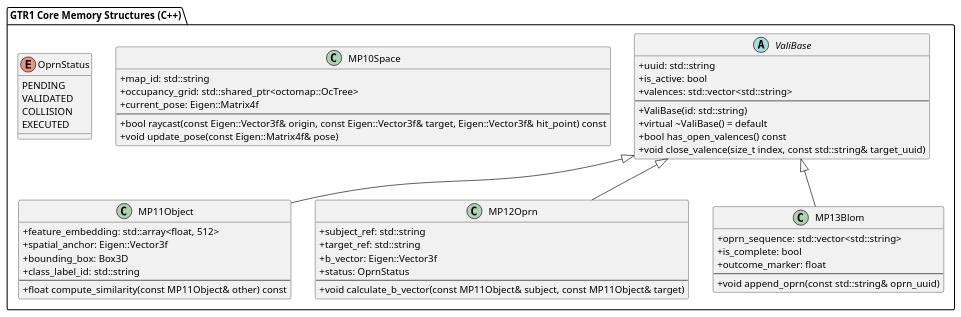
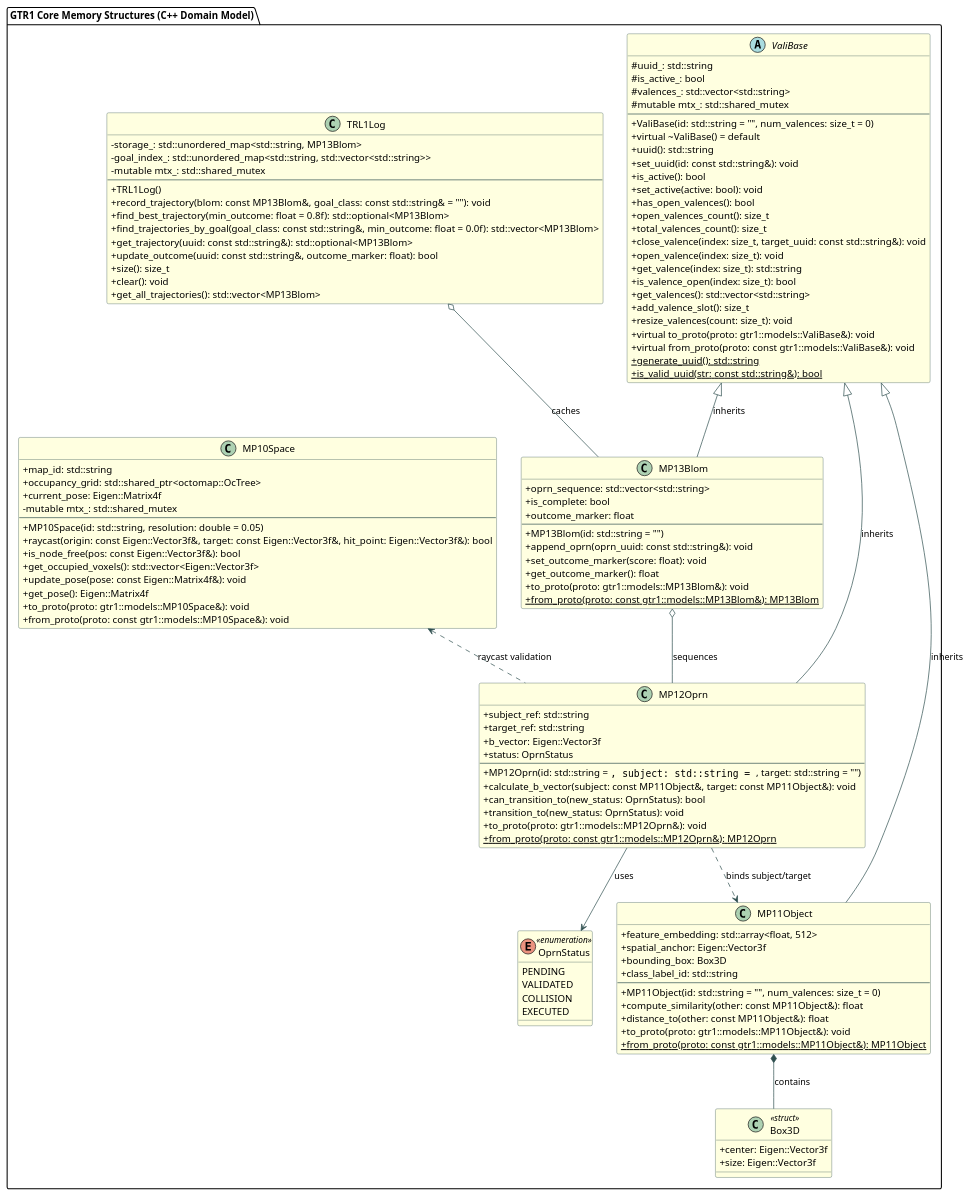
The diagram in 02_data_models/core_classes.puml (hedeks/demonstration_GTR1), drawn with PlantUML before and after one commit. The commit also changed 13 other files, not shown here.

Commit message:
feat(core): implement domain models, FSM lifecycles and protobuf serialization

```diff
--- a/02_data_models/core_classes.puml
+++ b/02_data_models/core_classes.puml
@@ -1,64 +1,136 @@
 @startuml core_classes
 skinparam classAttributeIconSize 0
 skinparam BoxPadding 10
+skinparam monochrome false
+skinparam class {
+    BackgroundColor LightYellow
+    ArrowColor DarkSlateGray
+    BorderColor DarkSlateGray
+}
 
-package "GTR1 Core Memory Structures (C++)" {
+package "GTR1 Core Memory Structures (C++ Domain Model)" {
 
     abstract class ValiBase {
-        + uuid: std::string
-        + is_active: bool
-        + valences: std::vector<std::string>
+        # uuid_: std::string
+        # is_active_: bool
+        # valences_: std::vector<std::string>
+        # mutable mtx_: std::shared_mutex
         --
-        + ValiBase(id: std::string)
+        + ValiBase(id: std::string = "", num_valences: size_t = 0)
         + virtual ~ValiBase() = default
-        + bool has_open_valences() const
-        + void close_valence(size_t index, const std::string& target_uuid)
+        + uuid(): std::string
+        + set_uuid(id: const std::string&): void
+        + is_active(): bool
+        + set_active(active: bool): void
+        + has_open_valences(): bool
+        + open_valences_count(): size_t
+        + total_valences_count(): size_t
+        + close_valence(index: size_t, target_uuid: const std::string&): void
+        + open_valence(index: size_t): void
+        + get_valence(index: size_t): std::string
+        + is_valence_open(index: size_t): bool
+        + get_valences(): std::vector<std::string>
+        + add_valence_slot(): size_t
+        + resize_valences(count: size_t): void
+        + virtual to_proto(proto: gtr1::models::ValiBase&): void
+        + virtual from_proto(proto: const gtr1::models::ValiBase&): void
+        + {static} generate_uuid(): std::string
+        + {static} is_valid_uuid(str: const std::string&): bool
     }
 
     class MP10Space {
         + map_id: std::string
         + occupancy_grid: std::shared_ptr<octomap::OcTree>
         + current_pose: Eigen::Matrix4f
+        - mutable mtx_: std::shared_mutex
         --
-        + bool raycast(const Eigen::Vector3f& origin, const Eigen::Vector3f& target, Eigen::Vector3f& hit_point) const
-        + void update_pose(const Eigen::Matrix4f& pose)
+        + MP10Space(id: std::string, resolution: double = 0.05)
+        + raycast(origin: const Eigen::Vector3f&, target: const Eigen::Vector3f&, hit_point: Eigen::Vector3f&): bool
+        + is_node_free(pos: const Eigen::Vector3f&): bool
+        + get_occupied_voxels(): std::vector<Eigen::Vector3f>
+        + update_pose(pose: const Eigen::Matrix4f&): void
+        + get_pose(): Eigen::Matrix4f
+        + to_proto(proto: gtr1::models::MP10Space&): void
+        + from_proto(proto: const gtr1::models::MP10Space&): void
+    }
+
+    class Box3D <<struct>> {
+        + center: Eigen::Vector3f
+        + size: Eigen::Vector3f
     }
 
     class MP11Object {
         + feature_embedding: std::array<float, 512>
         + spatial_anchor: Eigen::Vector3f
         + bounding_box: Box3D
         + class_label_id: std::string
         --
-        + float compute_similarity(const MP11Object& other) const
+        + MP11Object(id: std::string = "", num_valences: size_t = 0)
+        + compute_similarity(other: const MP11Object&): float
+        + distance_to(other: const MP11Object&): float
+        + to_proto(proto: gtr1::models::MP11Object&): void
+        + {static} from_proto(proto: const gtr1::models::MP11Object&): MP11Object
     }
 
-    enum OprnStatus {
+    enum OprnStatus <<enumeration>> {
         PENDING
         VALIDATED
         COLLISION
         EXECUTED
     }
 
     class MP12Oprn {
         + subject_ref: std::string
         + target_ref: std::string
         + b_vector: Eigen::Vector3f
         + status: OprnStatus
         --
-        + void calculate_b_vector(const MP11Object& subject, const MP11Object& target)
+        + MP12Oprn(id: std::string = "", subject: std::string = "", target: std::string = "")
+        + calculate_b_vector(subject: const MP11Object&, target: const MP11Object&): void
+        + can_transition_to(new_status: OprnStatus): bool
+        + transition_to(new_status: OprnStatus): void
+        + to_proto(proto: gtr1::models::MP12Oprn&): void
+        + {static} from_proto(proto: const gtr1::models::MP12Oprn&): MP12Oprn
     }
 
     class MP13Blom {
         + oprn_sequence: std::vector<std::string>
         + is_complete: bool
         + outcome_marker: float
         --
-        + void append_oprn(const std::string& oprn_uuid)
+        + MP13Blom(id: std::string = "")
+        + append_oprn(oprn_uuid: const std::string&): void
+        + set_outcome_marker(score: float): void
+        + get_outcome_marker(): float
+        + to_proto(proto: gtr1::models::MP13Blom&): void
+        + {static} from_proto(proto: const gtr1::models::MP13Blom&): MP13Blom
     }
 
-    ValiBase <|-- MP11Object
-    ValiBase <|-- MP12Oprn
-    ValiBase <|-- MP13Blom
+    class TRL1Log {
+        - storage_: std::unordered_map<std::string, MP13Blom>
+        - goal_index_: std::unordered_map<std::string, std::vector<std::string>>
+        - mutable mtx_: std::shared_mutex
+        --
+        + TRL1Log()
+        + record_trajectory(blom: const MP13Blom&, goal_class: const std::string& = ""): void
+        + find_best_trajectory(min_outcome: float = 0.8f): std::optional<MP13Blom>
+        + find_trajectories_by_goal(goal_class: const std::string&, min_outcome: float = 0.0f): std::vector<MP13Blom>
+        + get_trajectory(uuid: const std::string&): std::optional<MP13Blom>
+        + update_outcome(uuid: const std::string&, outcome_marker: float): bool
+        + size(): size_t
+        + clear(): void
+        + get_all_trajectories(): std::vector<MP13Blom>
+    }
+
+    ValiBase <|-- MP11Object : inherits
+    ValiBase <|-- MP12Oprn : inherits
+    ValiBase <|-- MP13Blom : inherits
+
+    MP11Object *-- Box3D : contains
+    MP12Oprn --> OprnStatus : uses
+    MP12Oprn ..> MP11Object : binds subject/target
+    MP13Blom o-- MP12Oprn : sequences
+    TRL1Log o-- MP13Blom : caches
+    MP10Space <.. MP12Oprn : raycast validation
 }
 @enduml
```
